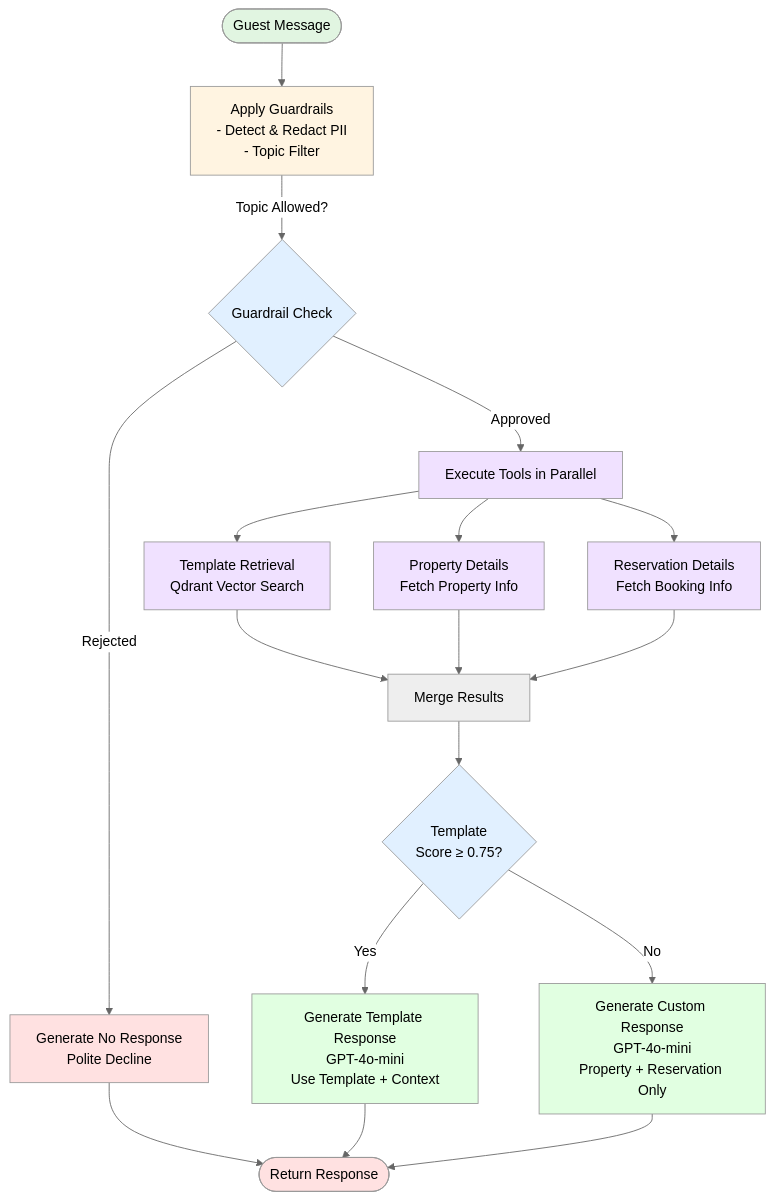
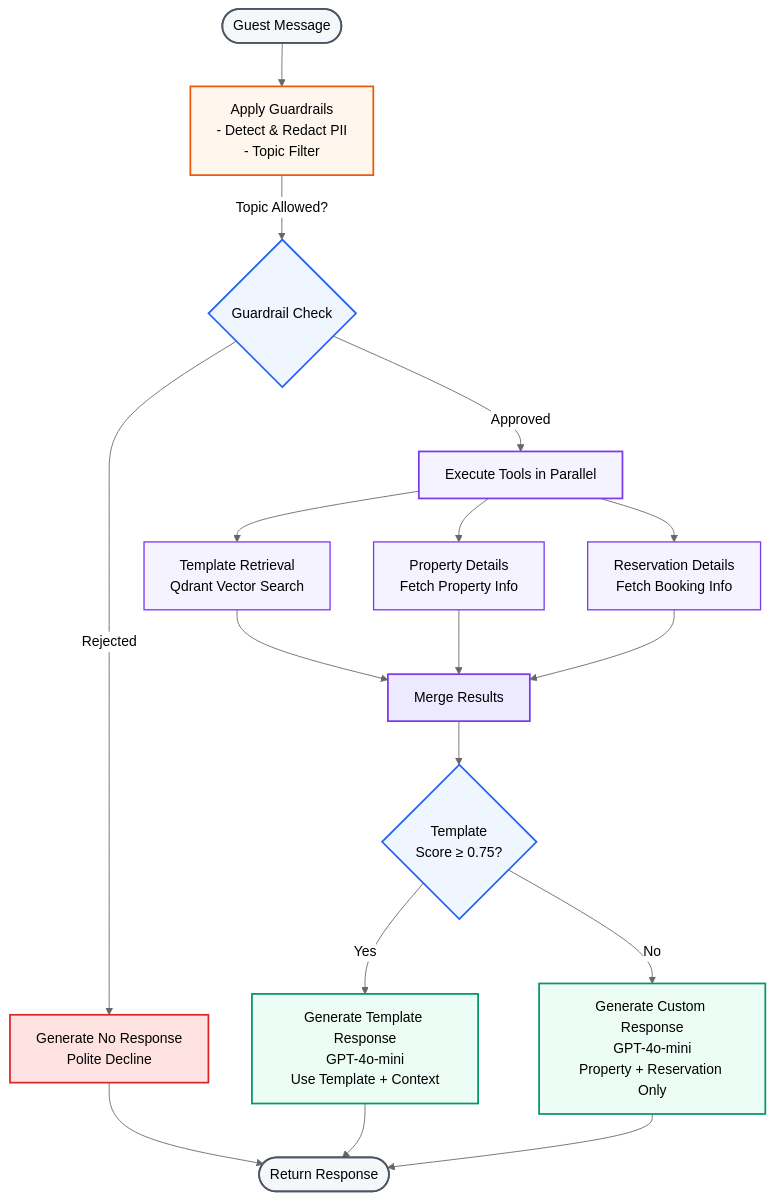
Before and after one commit to tyagiprnv/AI-Guest-Response-Agent: the diagram in README.md, drawn with Mermaid (neutral theme).

Commit message:
Revise styles in README diagram for clarity
Updated styles for various elements in the diagram to enhance visual clarity and consistency.

````diff
--- a/README.md
+++ b/README.md
@@ -39,39 +39,51 @@
 ```mermaid
 graph TD
     Start([Guest Message]) --> Guardrails[Apply Guardrails<br/>- Detect & Redact PII<br/>- Topic Filter]
 
     Guardrails -->|Topic Allowed?| Decision{Guardrail Check}
 
     Decision -->|Rejected| NoResponse[Generate No Response<br/>Polite Decline]
     Decision -->|Approved| Tools[Execute Tools in Parallel]
 
     Tools --> T1[Template Retrieval<br/>Qdrant Vector Search]
     Tools --> T2[Property Details<br/>Fetch Property Info]
     Tools --> T3[Reservation Details<br/>Fetch Booking Info]
 
     T1 --> Merge[Merge Results]
     T2 --> Merge
     T3 --> Merge
 
     Merge --> ResponseDecision{Template<br/>Score ≥ 0.75?}
 
     ResponseDecision -->|Yes| TemplateResponse[Generate Template Response<br/>GPT-4o-mini<br/>Use Template + Context]
     ResponseDecision -->|No| CustomResponse[Generate Custom Response<br/>GPT-4o-mini<br/>Property + Reservation Only]
 
     NoResponse --> End([Return Response])
     TemplateResponse --> End
     CustomResponse --> End
 
-    style Start fill:#e1f5e1
-    style End fill:#ffe1e1
-    style Guardrails fill:#fff4e1
-    style Decision fill:#e1f0ff
-    style ResponseDecision fill:#e1f0ff
-    style Tools fill:#f0e1ff
-    style T1 fill:#f0e1ff
-    style T2 fill:#f0e1ff
-    style T3 fill:#f0e1ff
-    style TemplateResponse fill:#e1ffe1
-    style CustomResponse fill:#e1ffe1
-    style NoResponse fill:#ffe1e1
+    %% Entry / Exit
+    style Start fill:#F5F7FA,stroke:#4B5563,stroke-width:2px
+    style End fill:#F5F7FA,stroke:#4B5563,stroke-width:2px
+
+    %% Guardrails / Safety
+    style Guardrails fill:#FFF7ED,stroke:#EA580C,stroke-width:2px
+    style NoResponse fill:#FEE2E2,stroke:#DC2626,stroke-width:2px
+
+    %% Decisions
+    style Decision fill:#EFF6FF,stroke:#2563EB,stroke-width:2px
+    style ResponseDecision fill:#EFF6FF,stroke:#2563EB,stroke-width:2px
+
+    %% Tool execution
+    style Tools fill:#F5F3FF,stroke:#7C3AED,stroke-width:2px
+    style T1 fill:#F5F3FF,stroke:#7C3AED,stroke-width:1.5px
+    style T2 fill:#F5F3FF,stroke:#7C3AED,stroke-width:1.5px
+    style T3 fill:#F5F3FF,stroke:#7C3AED,stroke-width:1.5px
+    style Merge fill:#EDE9FE,stroke:#7C3AED,stroke-width:2px
+
+    %% Successful responses
+    style TemplateResponse fill:#ECFDF5,stroke:#059669,stroke-width:2px
+    style CustomResponse fill:#ECFDF5,stroke:#059669,stroke-width:2px
+
+
 ```
````
